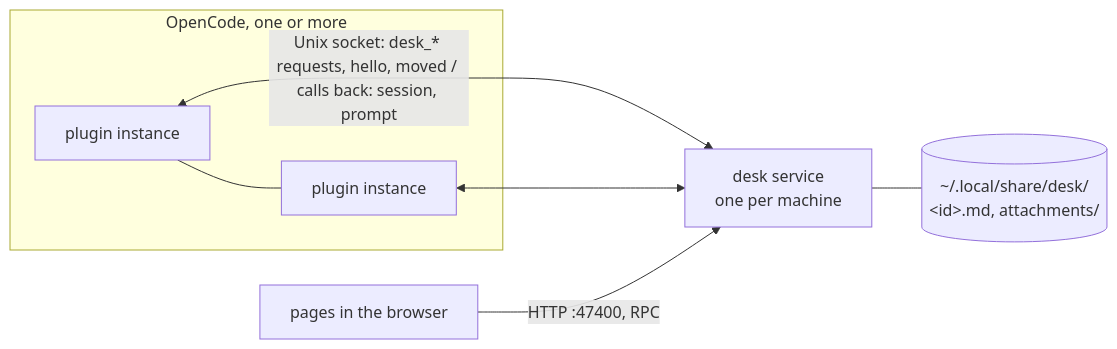
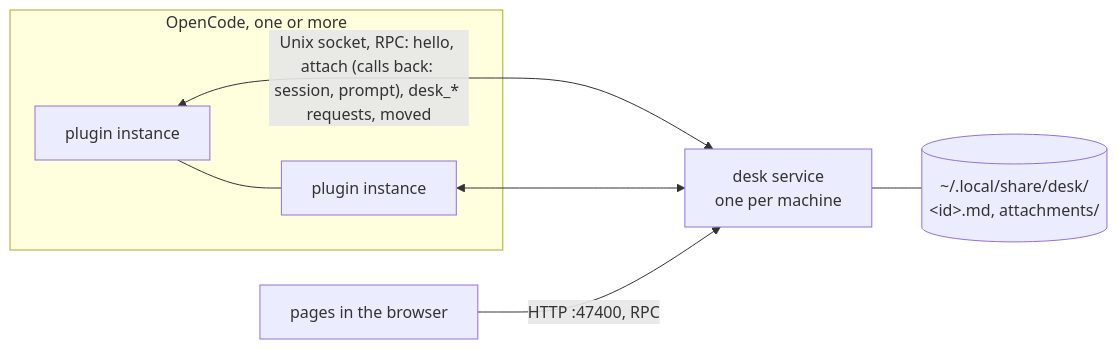
The diagram in README.md (HugeLetters/desk), drawn with Mermaid before and after one commit. The commit also changed other lines of this file and 11 other files, not shown here.

Commit message:
The plugin↔service socket is an effect/rpc group: attach streams the service's calls, reply answers them; hello times out; Bun's clean hang-ups aren't logged as errors

````diff
--- a/README.md
+++ b/README.md
@@ -47,11 +47,11 @@
 ```mermaid
 flowchart LR
   subgraph OC[OpenCode, one or more]
     P1[plugin instance] --- P2[plugin instance]
   end
-  P1 <-- "Unix socket: desk_* requests, hello, moved / calls back: session, prompt" --> S
+  P1 <-- "Unix socket, RPC: hello, attach (calls back: session, prompt), desk_* requests, moved" --> S
   P2 <--> S
   B[pages in the browser] -- "HTTP :47400, RPC" --> S
   S[desk service<br/>one per machine]
   S --- F[(~/.local/share/desk/<br/>&lt;id&gt;.md, attachments/)]
 ```
````
